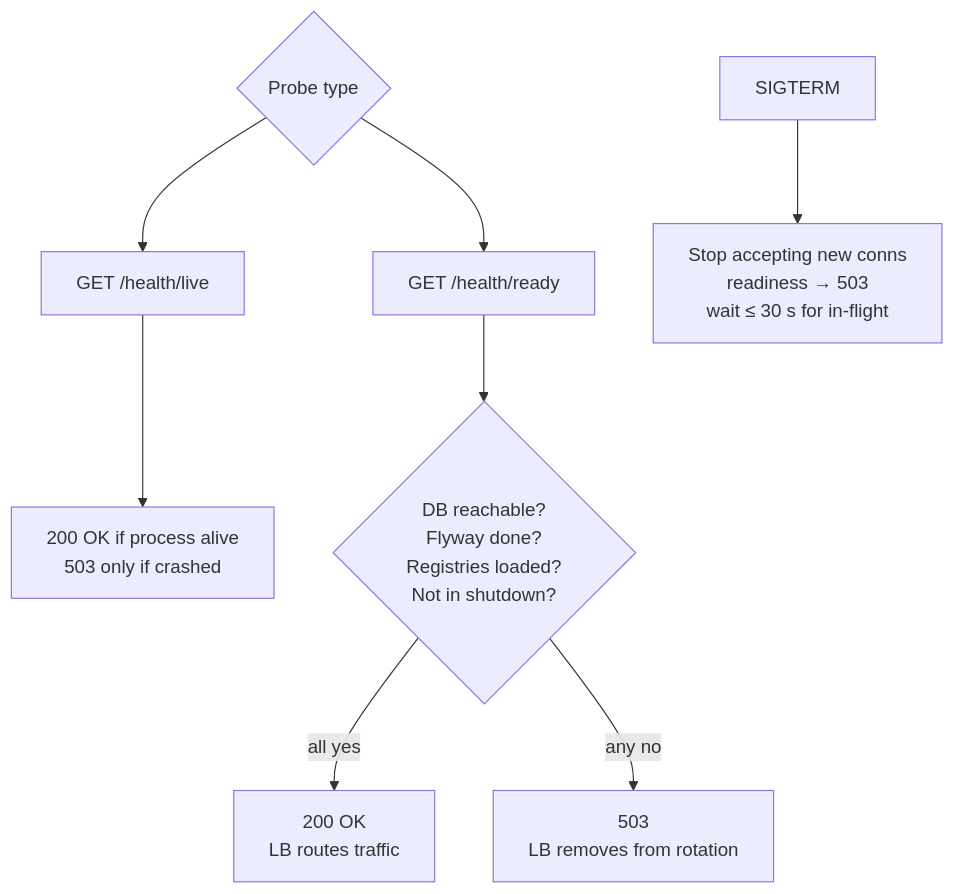
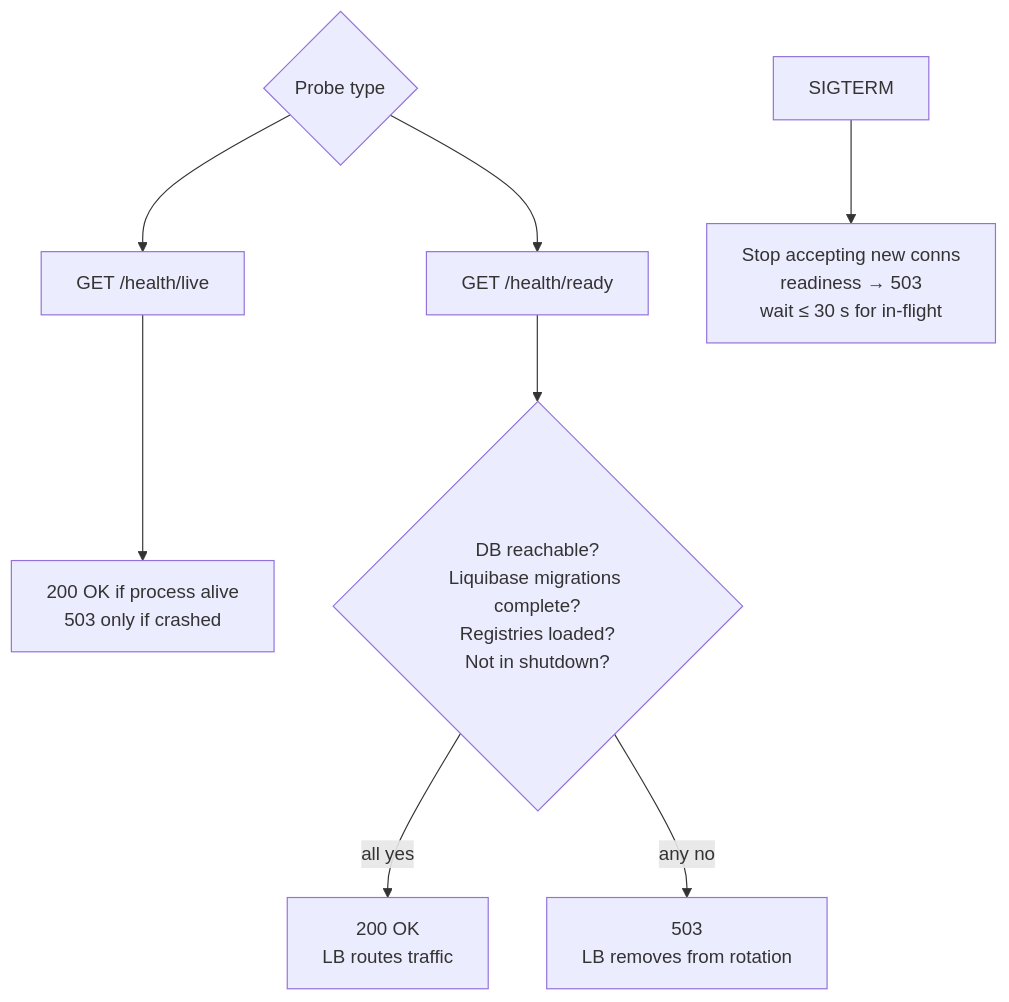
Before and after one commit to kemit-ee/efti-gate-ee: the diagram in docs/epics/epic_13_en.md, drawn with Mermaid. The commit also changed other lines of this file and 9 other files, not shown here.

````diff
--- a/docs/epics/epic_13_en.md
+++ b/docs/epics/epic_13_en.md
@@ -13,10 +13,10 @@
 ```mermaid
 flowchart TD
     Probe{Probe type} --> Live[GET /health/live]
     Probe --> Ready[GET /health/ready]
     Live --> LiveResp[200 OK if process alive<br/>503 only if crashed]
-    Ready --> Checks{DB reachable?<br/>Flyway done?<br/>Registries loaded?<br/>Not in shutdown?}
+    Ready --> Checks{DB reachable?<br/>Liquibase migrations complete?<br/>Registries loaded?<br/>Not in shutdown?}
     Checks -- all yes --> Ready200[200 OK<br/>LB routes traffic]
     Checks -- any no --> Ready503[503<br/>LB removes from rotation]
     SIGTERM[SIGTERM] --> Drain[Stop accepting new conns<br/>readiness → 503<br/>wait ≤ 30 s for in-flight]
 ```
````
